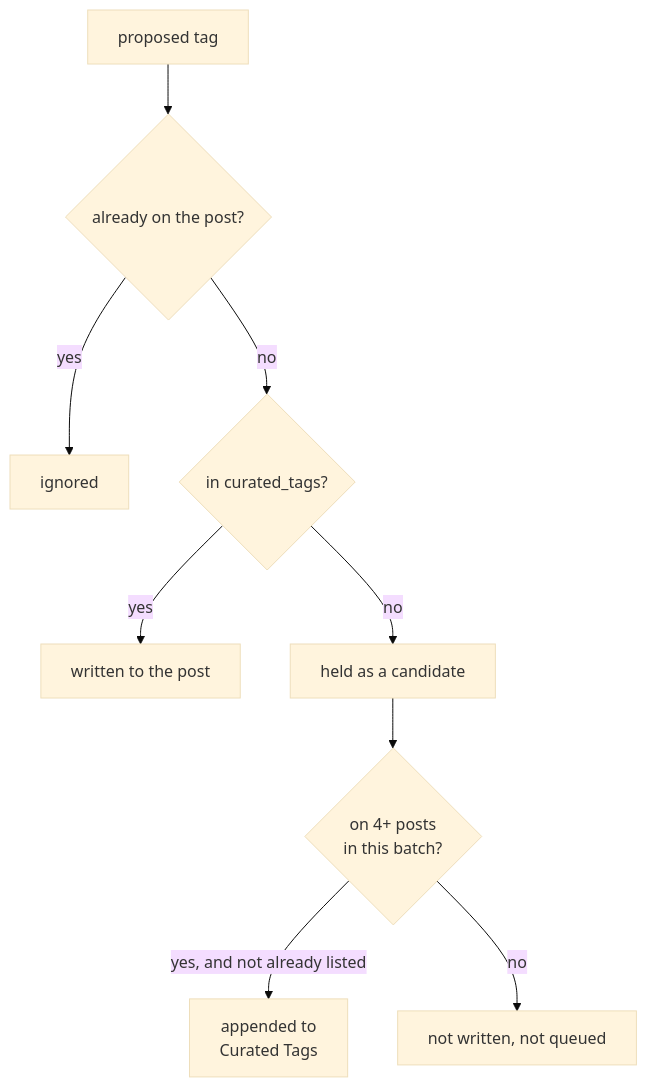
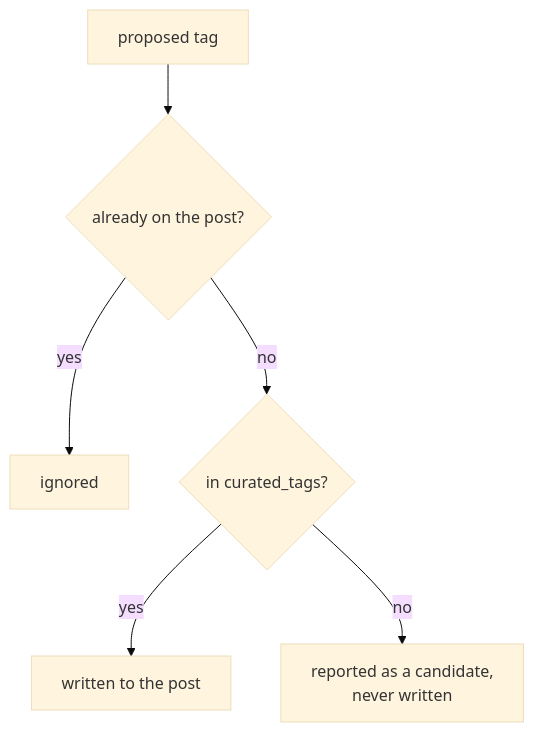
Before and after one commit to pitosalas/salasblog2: the second of 2 diagrams in 01-literate/11-tag_cleanup.md, drawn with Mermaid (base theme). The commit also changed other lines of this file and 31 other files, not shown here.

First line of the commit message:
F55: close the curated tag list at 16 tags

````diff
--- a/01-literate/11-tag_cleanup.md
+++ b/01-literate/11-tag_cleanup.md
@@ -138,11 +131,8 @@
 ```mermaid
 flowchart TD
     T[proposed tag] --> Q{already on the post?}
     Q -->|yes| Skip[ignored]
     Q -->|no| C{in curated_tags?}
     C -->|yes| Accept[written to the post]
-    C -->|no| Hold[held as a candidate]
-    Hold --> R{on 4+ posts<br/>in this batch?}
-    R -->|yes, and not already listed| Queue[appended to<br/>Curated Tags]
-    R -->|no| Drop[not written, not queued]
+    C -->|no| Hold[reported as a candidate,<br/>never written]
 ```
````
